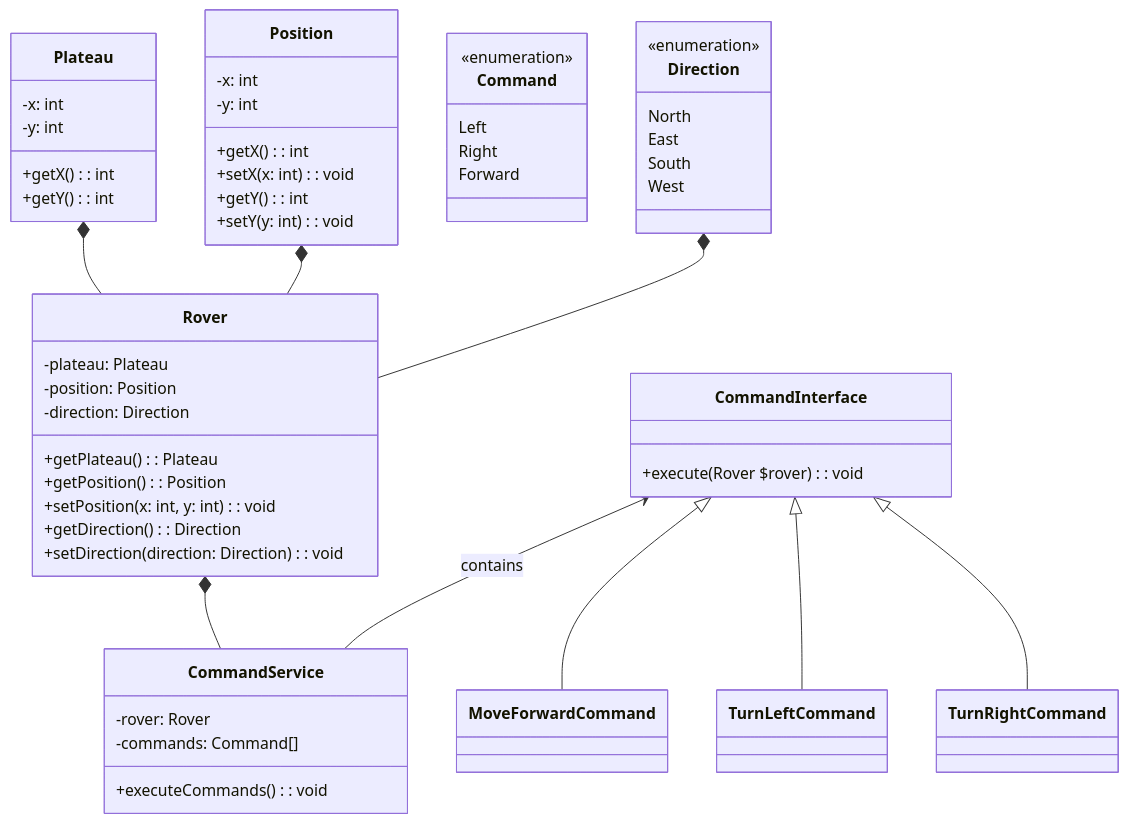
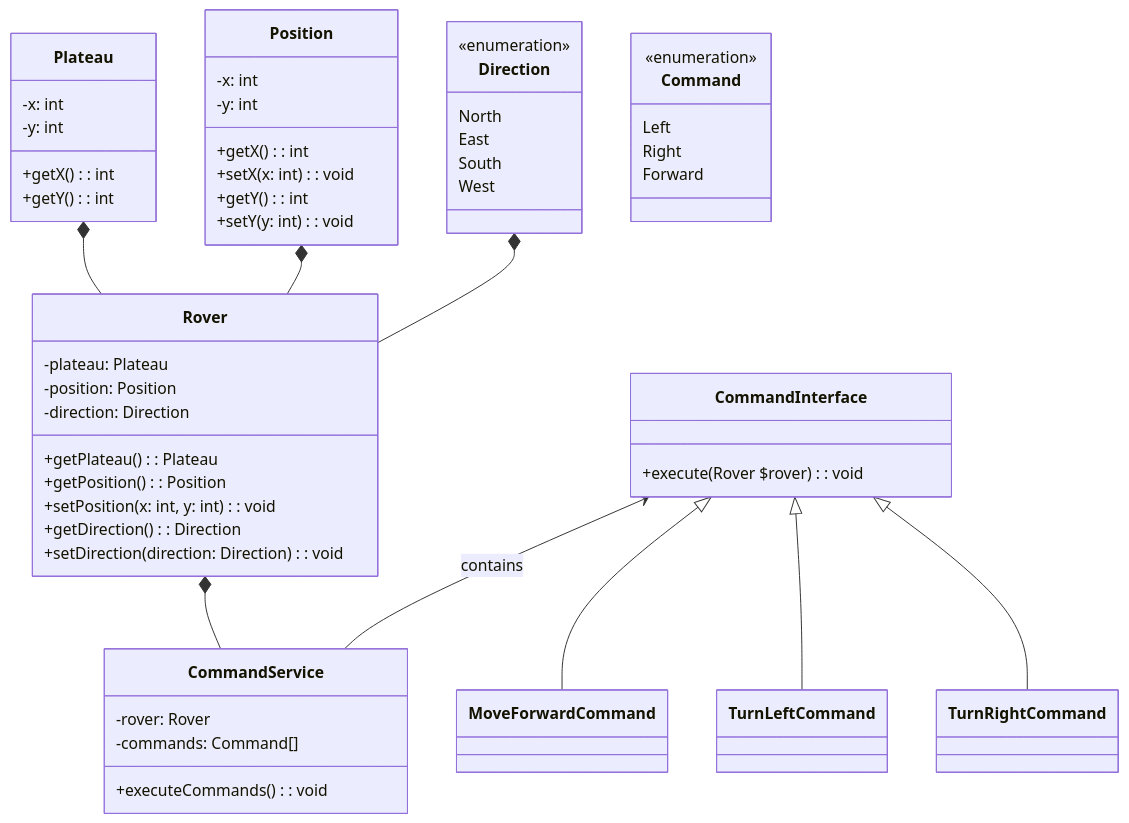
One commit to a-wagdy/mars-rover-challenge changed the diagram in README.md. Above: the diagram before and after it, drawn with Mermaid. The commit also changed other lines of this file, not shown here.

````diff
--- a/README.md
+++ b/README.md
@@ -3,63 +3,63 @@
 ```mermaid
 classDiagram
     class CommandInterface {
         +execute(Rover $rover): void
     }
     CommandInterface <|-- MoveForwardCommand
     CommandInterface <|-- TurnLeftCommand
     CommandInterface <|-- TurnRightCommand
 
     class Plateau {
         -x: int
         -y: int
         +getX(): int
         +getY(): int
     }
 
     class Position {
         -x: int
         -y: int
         +getX(): int
         +setX(x: int): void
         +getY(): int
         +setY(y: int): void
     }
 
-    class Command {
-        <<enumeration>>
-        Left
-        Right
-        Forward
-    }
-
     class Direction {
         <<enumeration>>
         North
         East
         South
         West
     }
 
     class Rover {
         -plateau: Plateau
         -position: Position
         -direction: Direction
         +getPlateau(): Plateau
         +getPosition(): Position
         +setPosition(x: int, y: int): void
         +getDirection(): Direction
         +setDirection(direction: Direction): void
     }
 
+    class Command {
+        <<enumeration>>
+        Left
+        Right
+        Forward
+    }
+
     class CommandService {
         -rover: Rover
         -commands: Command[]
         +executeCommands(): void
     }
 
     Rover *-- CommandService
     Plateau *-- Rover
     Position *-- Rover
     Direction *-- Rover
     CommandInterface <-- CommandService : contains
 ```
````
